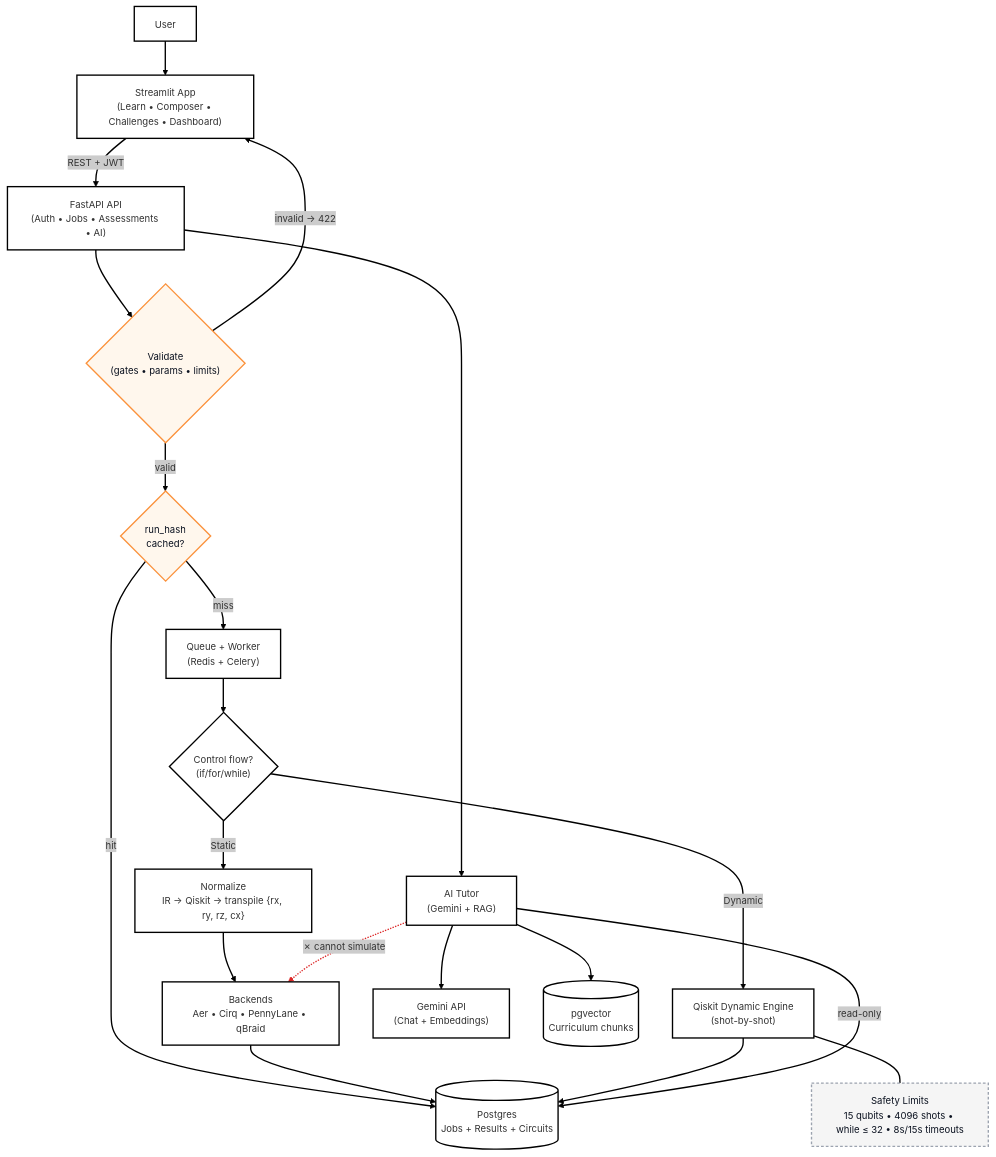
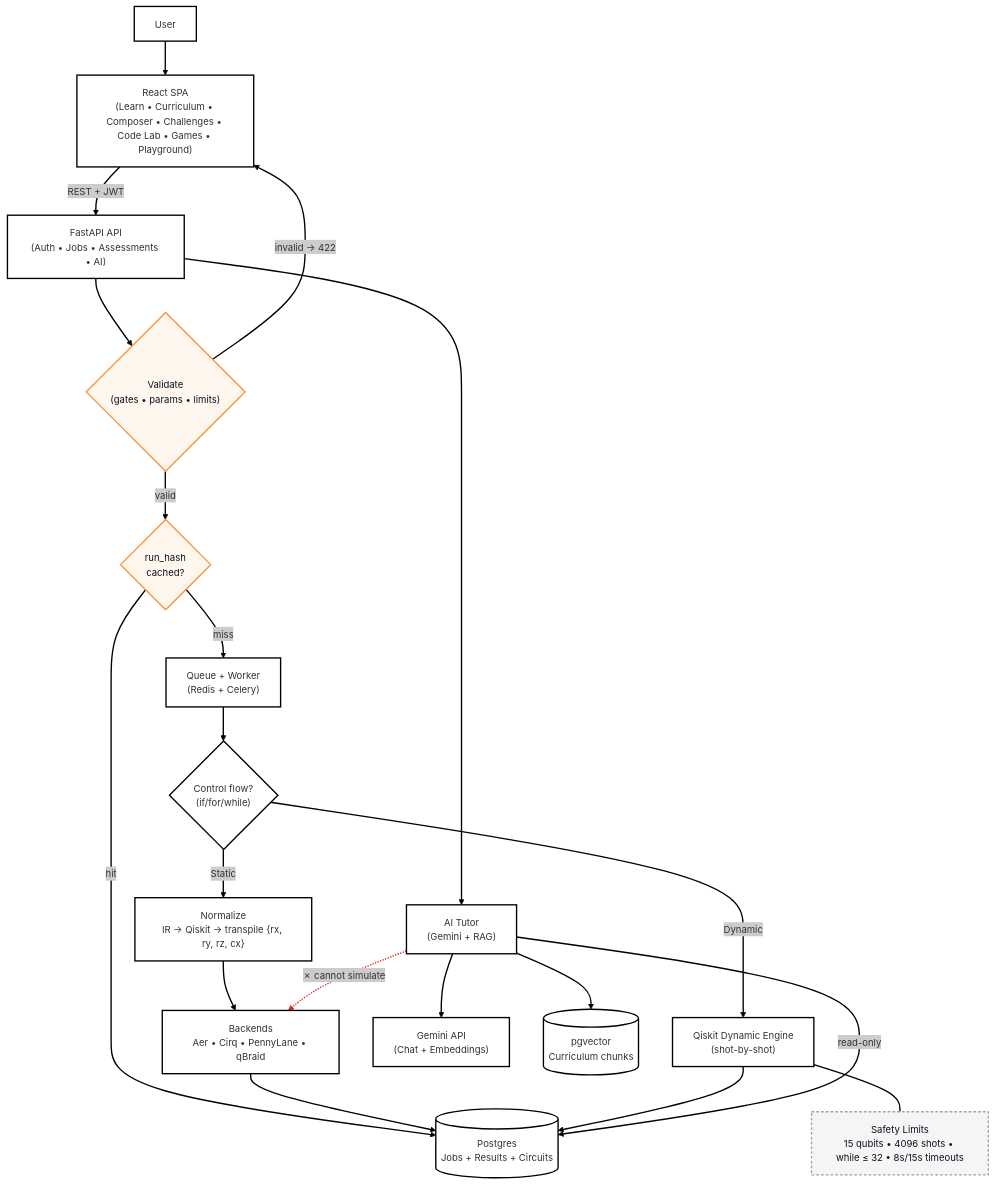
Before and after one commit to Lakshyaraj-Singh-Rathore/quantum-learning-platform: the diagram in docs/architecture.mmd, drawn with Mermaid. The commit also changed 112 other files, not shown here.

```diff
--- a/docs/architecture.mmd
+++ b/docs/architecture.mmd
@@ -1,45 +1,45 @@
 ---
 config:
   layout: fixed
   theme: neo
 ---
 flowchart TB
-    U["User"] --> UI["Streamlit App
-(Learn • Composer • Challenges • Dashboard)"]
+    U["User"] --> UI["React SPA
+(Learn • Curriculum • Composer • Challenges • Code Lab • Games • Playground)"]
     UI -- REST + JWT --> API["FastAPI API
 (Auth • Jobs • Assessments • AI)"]
     API --> V{"Validate
 (gates • params • limits)"}
     V -- "invalid → 422" --> UI
     V -- valid --> C{"run_hash
 cached?"}
     C -- hit --> DB
     C -- miss --> Q["Queue + Worker
 (Redis + Celery)"]
     Q --> D{"Control flow?
 (if/for/while)"}
     D -- Dynamic --> DYN["Qiskit Dynamic Engine
 (shot-by-shot)"]
     D -- Static --> STAT["Normalize
 IR → Qiskit → transpile {rx, ry, rz, cx}"]
     STAT --> B["Backends
 Aer • Cirq • PennyLane • qBraid"]
     B --> DB[("Postgres
 Jobs + Results + Circuits")]
     DYN --> DB
     API --> AI["AI Tutor
 (Gemini + RAG)"]
     AI --> GEM["Gemini API
 (Chat + Embeddings)"]
     AI --> VEC[("pgvector
 Curriculum chunks")]
     AI -- read-only --> DB
     AI -. "✗ cannot simulate" .-> B
     DYN --- LIM["Safety Limits
 15 qubits • 4096 shots • while ≤ 32 • 8s/15s timeouts"]
      LIM:::note
      V:::gate
      C:::gate
     classDef note fill:#f5f5f5,stroke:#9ca3af,stroke-dasharray:4 3,color:#0B1220
     classDef gate fill:#fff7ed,stroke:#fb923c,color:#0B1220
     linkStyle 17 stroke:#dc2626,stroke-width:2px
```
